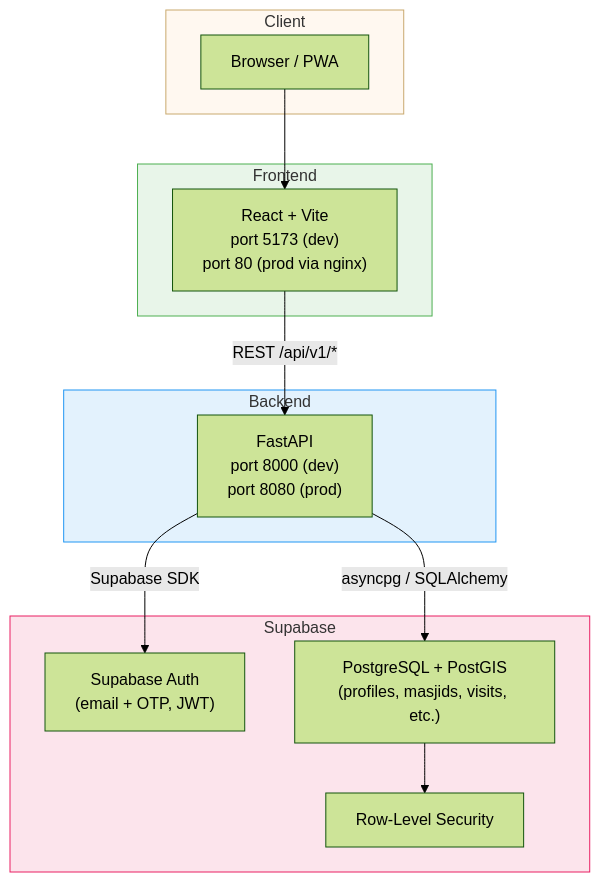
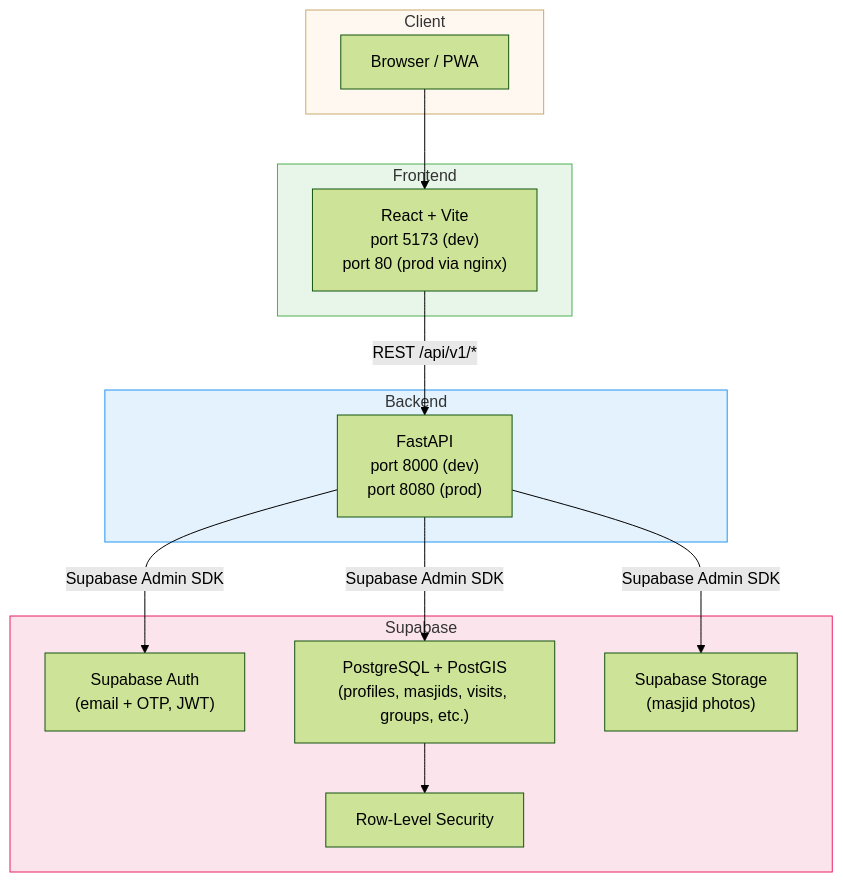
Before and after one commit to snsyaqirah/SinggahLuhh: the first of 12 diagrams in README.md, drawn with Mermaid (forest theme). The commit also changed other lines of this file, not shown here.

````diff
--- a/README.md
+++ b/README.md
@@ -99,31 +132,33 @@
 ```mermaid
 graph TD
     subgraph Client
         B[Browser / PWA]
     end
 
     subgraph Frontend
         FE["React + Vite\nport 5173 (dev)\nport 80 (prod via nginx)"]
     end
 
     subgraph Backend
         API["FastAPI\nport 8000 (dev)\nport 8080 (prod)"]
     end
 
     subgraph Supabase
         AUTH["Supabase Auth\n(email + OTP, JWT)"]
-        DB["PostgreSQL + PostGIS\n(profiles, masjids, visits, etc.)"]
+        DB["PostgreSQL + PostGIS\n(profiles, masjids, visits, groups, etc.)"]
+        STORAGE["Supabase Storage\n(masjid photos)"]
         RLS["Row-Level Security"]
     end
 
     B --> FE
     FE -- "REST /api/v1/*" --> API
-    API -- "Supabase SDK" --> AUTH
-    API -- "asyncpg / SQLAlchemy" --> DB
+    API -- "Supabase Admin SDK" --> AUTH
+    API -- "Supabase Admin SDK" --> DB
+    API -- "Supabase Admin SDK" --> STORAGE
     DB --> RLS
 
     style Client fill:#fff8f0,stroke:#c9a96e
     style Frontend fill:#e8f5e9,stroke:#4caf50
     style Backend fill:#e3f2fd,stroke:#2196f3
     style Supabase fill:#fce4ec,stroke:#e91e63
 ```
````
